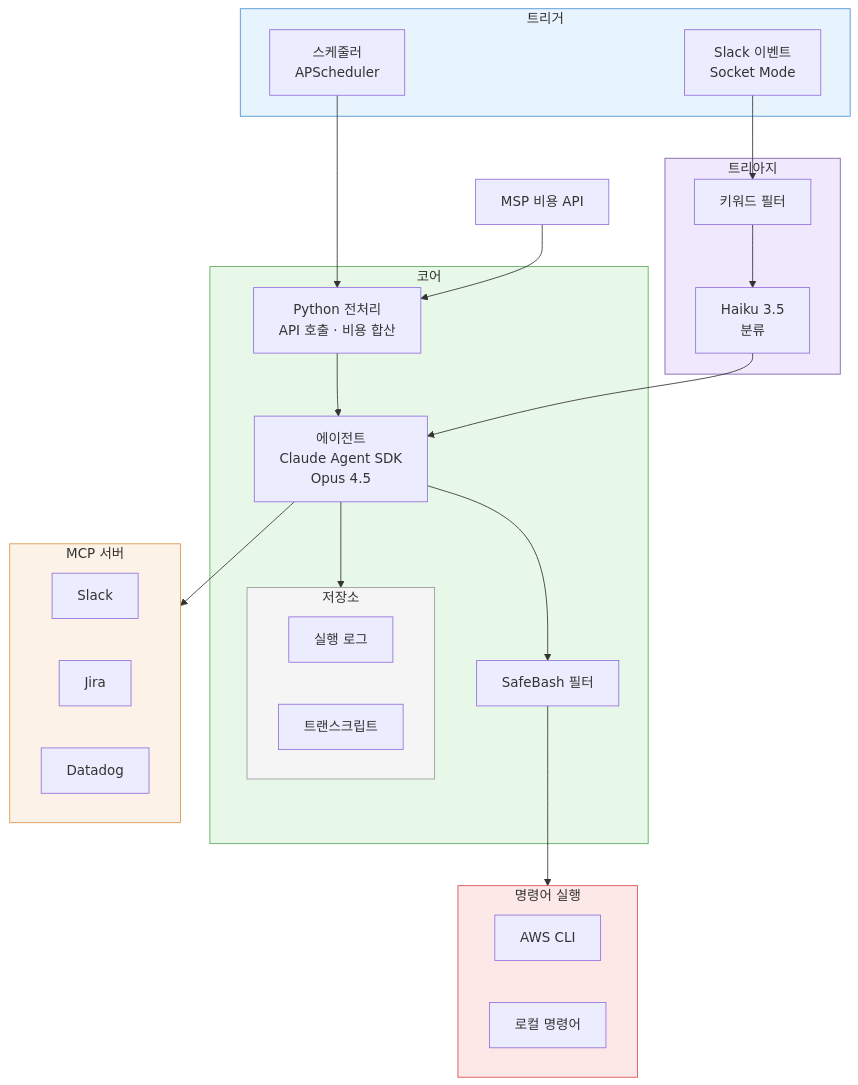
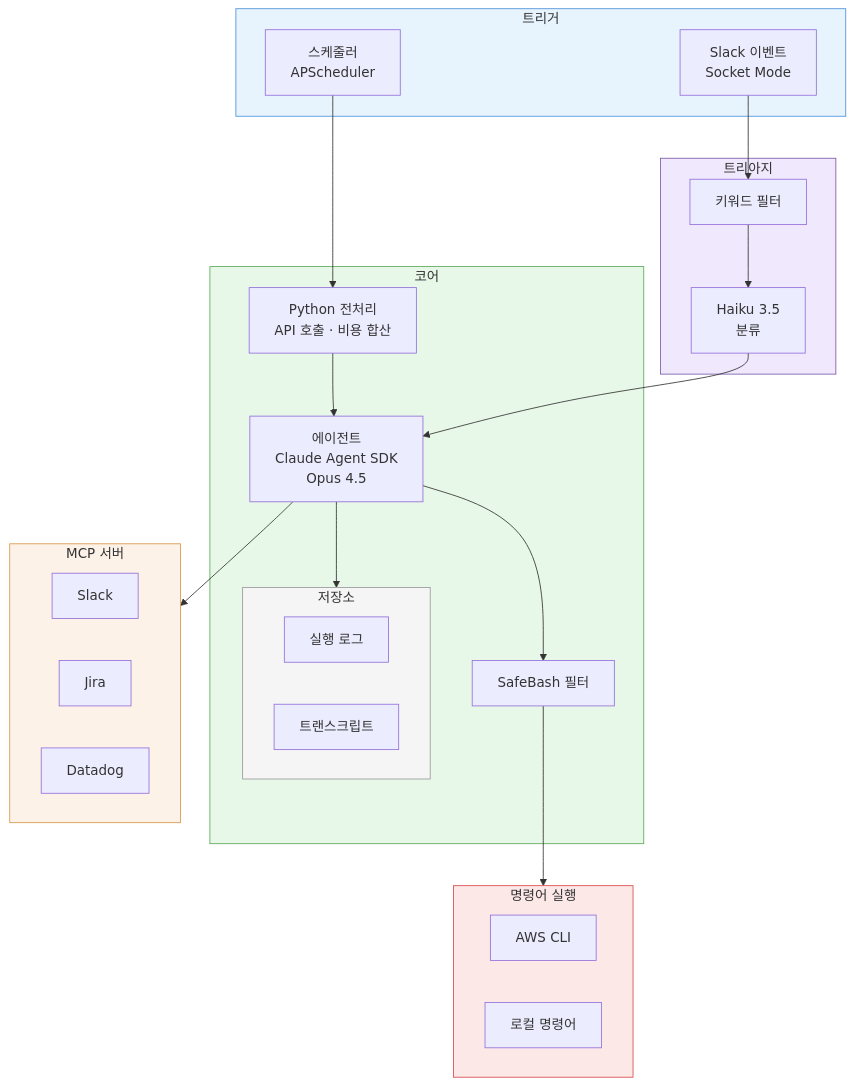
Before and after one commit to kimduksoo/duksoo-tech-blog: the first of 3 diagrams in content/ai/ai-infra-automation.md, drawn with Mermaid.

Commit message:
시스템 개요에서 MSP 비용 API 노드 제거 (레이아웃 개선)

````diff
--- a/content/ai/ai-infra-automation.md
+++ b/content/ai/ai-infra-automation.md
@@ -26,48 +26,45 @@
 ```mermaid
 flowchart TB
     subgraph 트리거
         Cron[스케줄러<br/>APScheduler]
         Event[Slack 이벤트<br/>Socket Mode]
     end
-
-    MSP[MSP 비용 API]
 
     subgraph 트리아지
         KW[키워드 필터] --> Haiku[Haiku 3.5<br/>분류]
     end
 
     subgraph 코어
         Pre[Python 전처리<br/>API 호출 · 비용 합산] --> Agent[에이전트<br/>Claude Agent SDK<br/>Opus 4.5]
         Agent --> Safe[SafeBash 필터]
         subgraph 저장소
             Log[실행 로그]
             Transcript[트랜스크립트]
         end
         Agent --> 저장소
     end
 
     subgraph MCP[MCP 서버]
         S[Slack]
         J[Jira]
         D[Datadog]
     end
 
     subgraph CLI[명령어 실행]
         AWS[AWS CLI]
         Local[로컬 명령어]
     end
 
     Cron --> Pre
-    MSP --> Pre
     Event --> KW
     Haiku --> Agent
     Safe --> CLI
     Agent --> MCP
 
     style 트리거 fill:#e8f4fd,stroke:#4a90d9
     style 트리아지 fill:#f0e8fd,stroke:#7b5ba8
     style 코어 fill:#e8f8e8,stroke:#5ba85b
     style 저장소 fill:#f5f5f5,stroke:#999999
     style MCP fill:#fdf2e8,stroke:#d9964a
     style CLI fill:#fde8e8,stroke:#d94a4a
 ```
````
